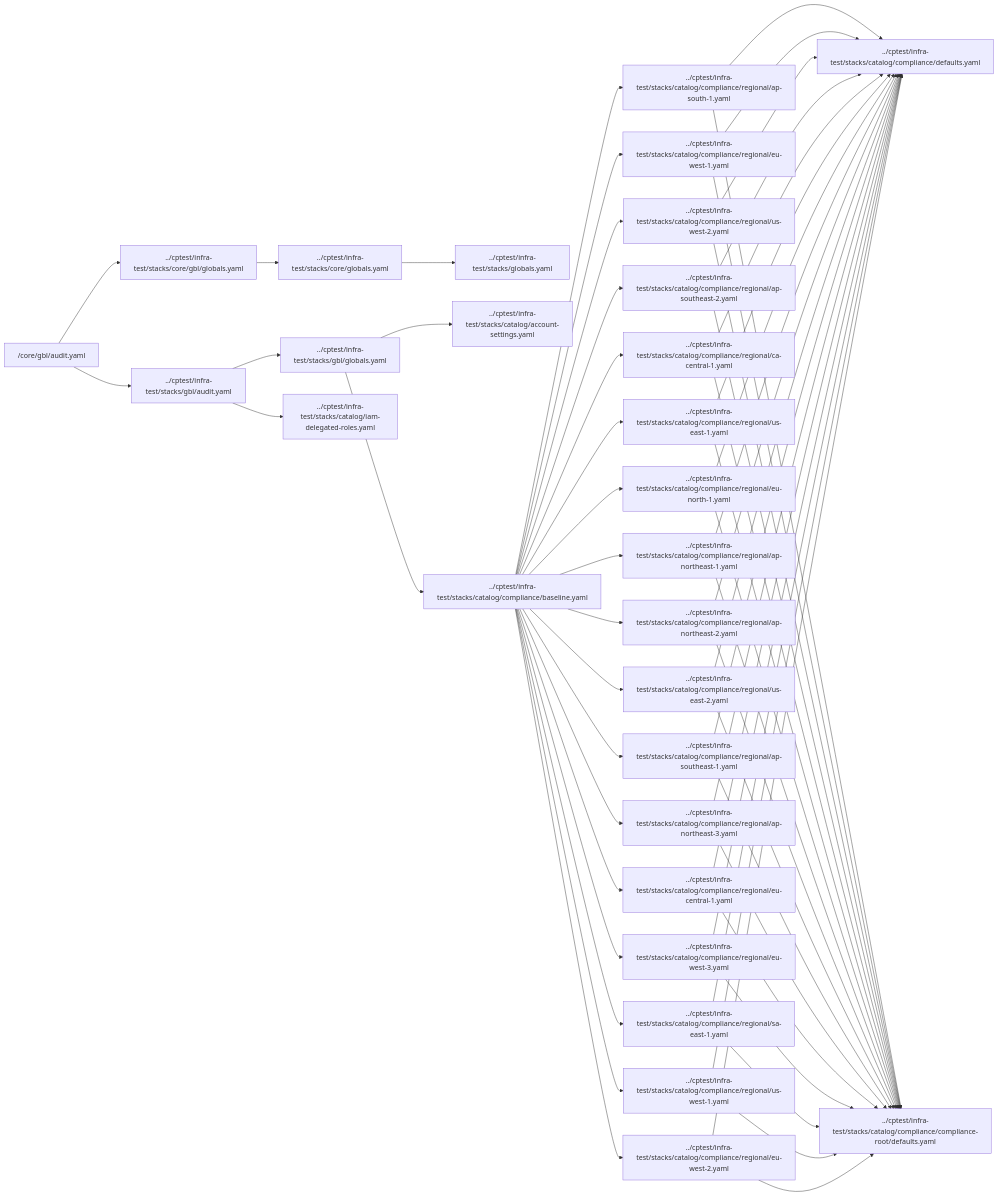
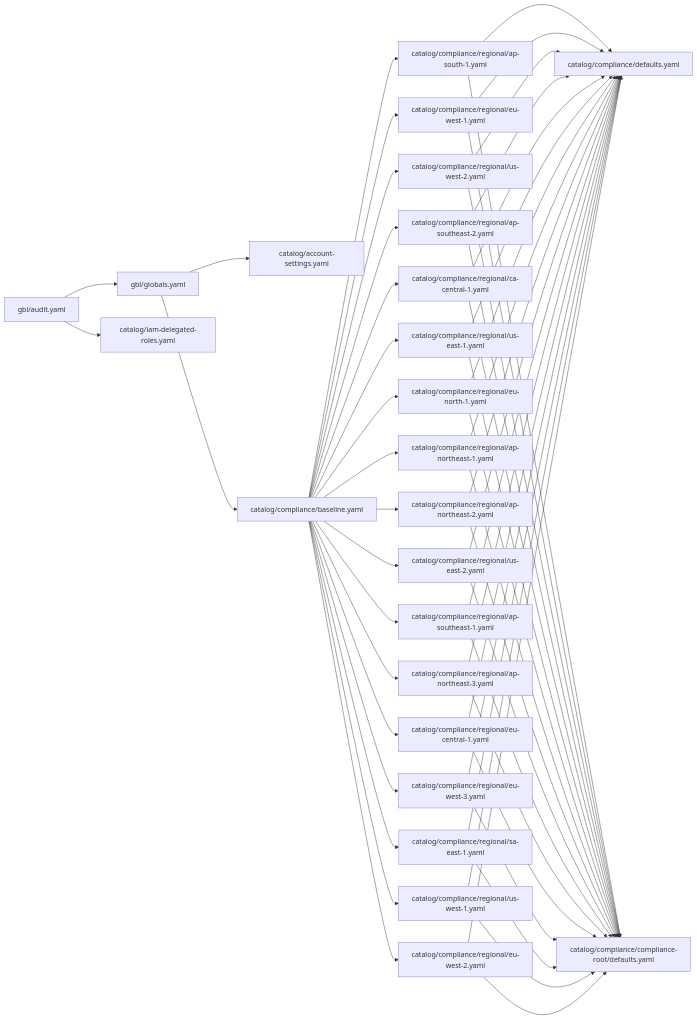
Before and after one commit to srhopkins/cp-imports: the diagram in README.md, drawn with Mermaid.

Commit message:
Trying shorter mermaid example

````diff
--- a/README.md
+++ b/README.md
@@ -38,63 +38,59 @@
 ```mermaid
 flowchart LR
-  i1["/core/gbl/audit.yaml"] --> i2["../cptest/infra-test/stacks/core/gbl/globals.yaml"]
-  i1 --> i3["../cptest/infra-test/stacks/gbl/audit.yaml"]
-  i2 --> i4["../cptest/infra-test/stacks/core/globals.yaml"]
-  i4 --> i5["../cptest/infra-test/stacks/globals.yaml"]
-  i3 --> i6["../cptest/infra-test/stacks/gbl/globals.yaml"]
-  i3 --> i7["../cptest/infra-test/stacks/catalog/iam-delegated-roles.yaml"]
-  i6 --> i8["../cptest/infra-test/stacks/catalog/account-settings.yaml"]
-  i6 --> i9["../cptest/infra-test/stacks/catalog/compliance/baseline.yaml"]
-  i9 --> i10["../cptest/infra-test/stacks/catalog/compliance/regional/ap-south-1.yaml"]
-  i9 --> i11["../cptest/infra-test/stacks/catalog/compliance/regional/eu-west-1.yaml"]
-  i9 --> i12["../cptest/infra-test/stacks/catalog/compliance/regional/us-west-2.yaml"]
-  i9 --> i13["../cptest/infra-test/stacks/catalog/compliance/regional/ap-southeast-2.yaml"]
-  i9 --> i14["../cptest/infra-test/stacks/catalog/compliance/regional/ca-central-1.yaml"]
-  i9 --> i15["../cptest/infra-test/stacks/catalog/compliance/regional/us-east-1.yaml"]
-  i9 --> i16["../cptest/infra-test/stacks/catalog/compliance/regional/eu-north-1.yaml"]
-  i9 --> i17["../cptest/infra-test/stacks/catalog/compliance/regional/ap-northeast-1.yaml"]
-  i9 --> i18["../cptest/infra-test/stacks/catalog/compliance/regional/ap-northeast-2.yaml"]
-  i9 --> i19["../cptest/infra-test/stacks/catalog/compliance/regional/us-east-2.yaml"]
-  i9 --> i20["../cptest/infra-test/stacks/catalog/compliance/regional/ap-southeast-1.yaml"]
-  i9 --> i21["../cptest/infra-test/stacks/catalog/compliance/regional/ap-northeast-3.yaml"]
-  i9 --> i22["../cptest/infra-test/stacks/catalog/compliance/regional/eu-central-1.yaml"]
-  i9 --> i23["../cptest/infra-test/stacks/catalog/compliance/regional/eu-west-3.yaml"]
-  i9 --> i24["../cptest/infra-test/stacks/catalog/compliance/regional/sa-east-1.yaml"]
-  i9 --> i25["../cptest/infra-test/stacks/catalog/compliance/regional/us-west-1.yaml"]
-  i9 --> i26["../cptest/infra-test/stacks/catalog/compliance/regional/eu-west-2.yaml"]
-  i10 --> i27["../cptest/infra-test/stacks/catalog/compliance/defaults.yaml"]
-  i10 --> i28["../cptest/infra-test/stacks/catalog/compliance/compliance-root/defaults.yaml"]
-  i11 --> i27
-  i11 --> i28
-  i12 --> i27
-  i12 --> i28
-  i13 --> i27
-  i13 --> i28
-  i14 --> i27
-  i14 --> i28
-  i15 --> i27
-  i15 --> i28
-  i16 --> i27
-  i16 --> i28
-  i17 --> i27
-  i17 --> i28
-  i18 --> i27
-  i18 --> i28
-  i19 --> i27
-  i19 --> i28
-  i20 --> i27
-  i20 --> i28
-  i21 --> i27
-  i21 --> i28
-  i22 --> i27
-  i22 --> i28
-  i23 --> i27
-  i23 --> i28
-  i24 --> i27
-  i24 --> i28
-  i25 --> i27
-  i25 --> i28
-  i26 --> i27
-  i26 --> i28
+  i1["gbl/audit.yaml"] --> i2["gbl/globals.yaml"]
+  i1 --> i3["catalog/iam-delegated-roles.yaml"]
+  i2 --> i4["catalog/account-settings.yaml"]
+  i2 --> i5["catalog/compliance/baseline.yaml"]
+  i5 --> i6["catalog/compliance/regional/ap-south-1.yaml"]
+  i5 --> i7["catalog/compliance/regional/eu-west-1.yaml"]
+  i5 --> i8["catalog/compliance/regional/us-west-2.yaml"]
+  i5 --> i9["catalog/compliance/regional/ap-southeast-2.yaml"]
+  i5 --> i10["catalog/compliance/regional/ca-central-1.yaml"]
+  i5 --> i11["catalog/compliance/regional/us-east-1.yaml"]
+  i5 --> i12["catalog/compliance/regional/eu-north-1.yaml"]
+  i5 --> i13["catalog/compliance/regional/ap-northeast-1.yaml"]
+  i5 --> i14["catalog/compliance/regional/ap-northeast-2.yaml"]
+  i5 --> i15["catalog/compliance/regional/us-east-2.yaml"]
+  i5 --> i16["catalog/compliance/regional/ap-southeast-1.yaml"]
+  i5 --> i17["catalog/compliance/regional/ap-northeast-3.yaml"]
+  i5 --> i18["catalog/compliance/regional/eu-central-1.yaml"]
+  i5 --> i19["catalog/compliance/regional/eu-west-3.yaml"]
+  i5 --> i20["catalog/compliance/regional/sa-east-1.yaml"]
+  i5 --> i21["catalog/compliance/regional/us-west-1.yaml"]
+  i5 --> i22["catalog/compliance/regional/eu-west-2.yaml"]
+  i6 --> i23["catalog/compliance/defaults.yaml"]
+  i6 --> i24["catalog/compliance/compliance-root/defaults.yaml"]
+  i7 --> i23
+  i7 --> i24
+  i8 --> i23
+  i8 --> i24
+  i9 --> i23
+  i9 --> i24
+  i10 --> i23
+  i10 --> i24
+  i11 --> i23
+  i11 --> i24
+  i12 --> i23
+  i12 --> i24
+  i13 --> i23
+  i13 --> i24
+  i14 --> i23
+  i14 --> i24
+  i15 --> i23
+  i15 --> i24
+  i16 --> i23
+  i16 --> i24
+  i17 --> i23
+  i17 --> i24
+  i18 --> i23
+  i18 --> i24
+  i19 --> i23
+  i19 --> i24
+  i20 --> i23
+  i20 --> i24
+  i21 --> i23
+  i21 --> i24
+  i22 --> i23
+  i22 --> i24
 
 ```
````
